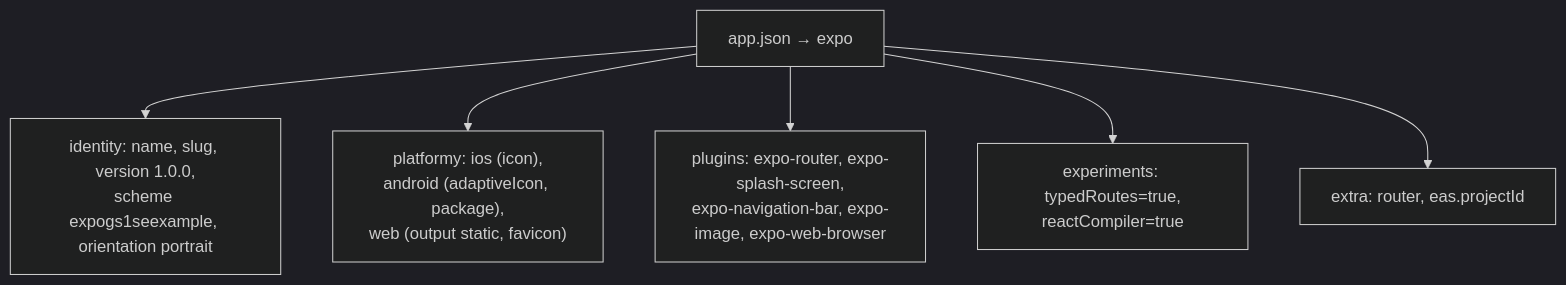
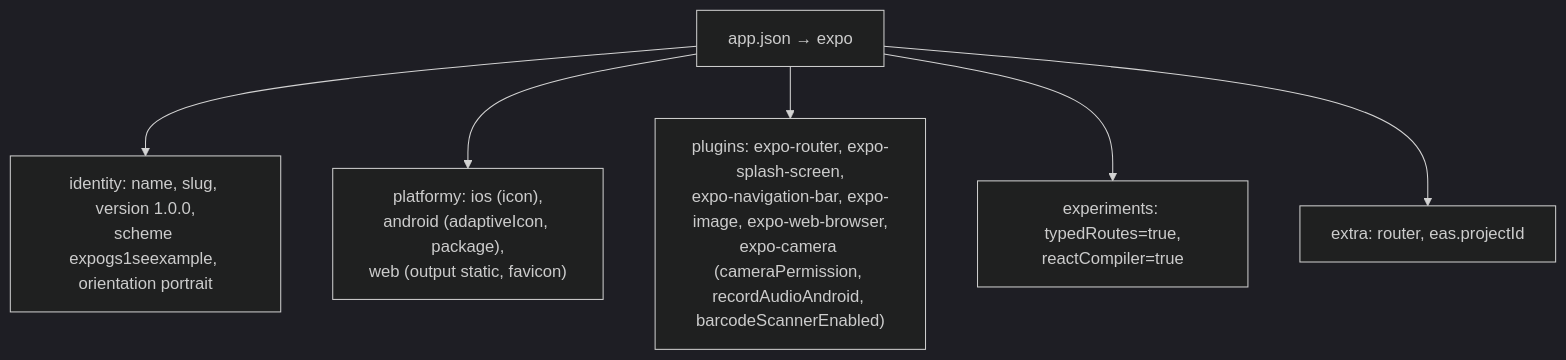
Before and after one commit to GS1SlovakiaOrg/expo-gs1-s-e-example: the first of 3 diagrams in docs/06-konfiguracia-a-build.md, drawn with Mermaid (dark theme). The commit also changed other lines of this file and 7 other files, not shown here.

````diff
--- a/docs/06-konfiguracia-a-build.md
+++ b/docs/06-konfiguracia-a-build.md
@@ -43,8 +43,8 @@
 ```mermaid
 flowchart TD
     A["app.json → expo"] --> B["identity: name, slug, version 1.0.0,<br/>scheme expogs1seexample, orientation portrait"]
     A --> C["platformy: ios (icon),<br/>android (adaptiveIcon, package),<br/>web (output static, favicon)"]
-    A --> D["plugins: expo-router, expo-splash-screen,<br/>expo-navigation-bar, expo-image, expo-web-browser"]
+    A --> D["plugins: expo-router, expo-splash-screen,<br/>expo-navigation-bar, expo-image, expo-web-browser,<br/>expo-camera (cameraPermission, recordAudioAndroid, barcodeScannerEnabled)"]
     A --> E["experiments: typedRoutes=true,<br/>reactCompiler=true"]
     A --> F["extra: router, eas.projectId"]
 ```
````
